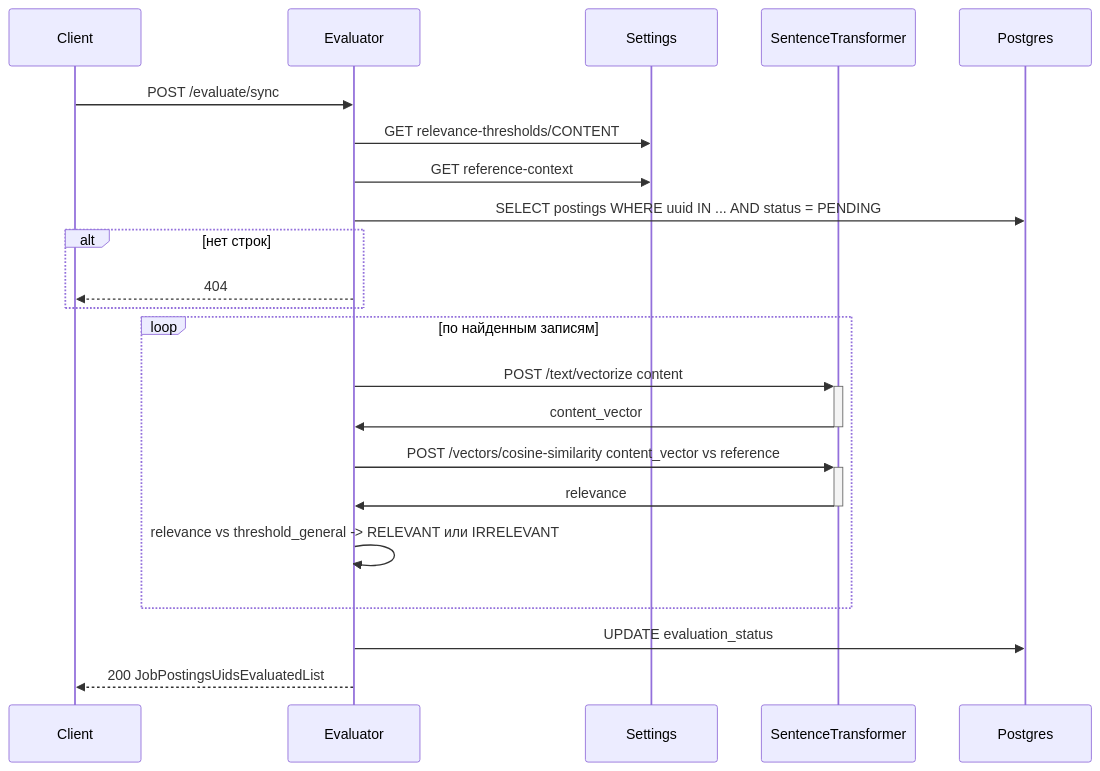
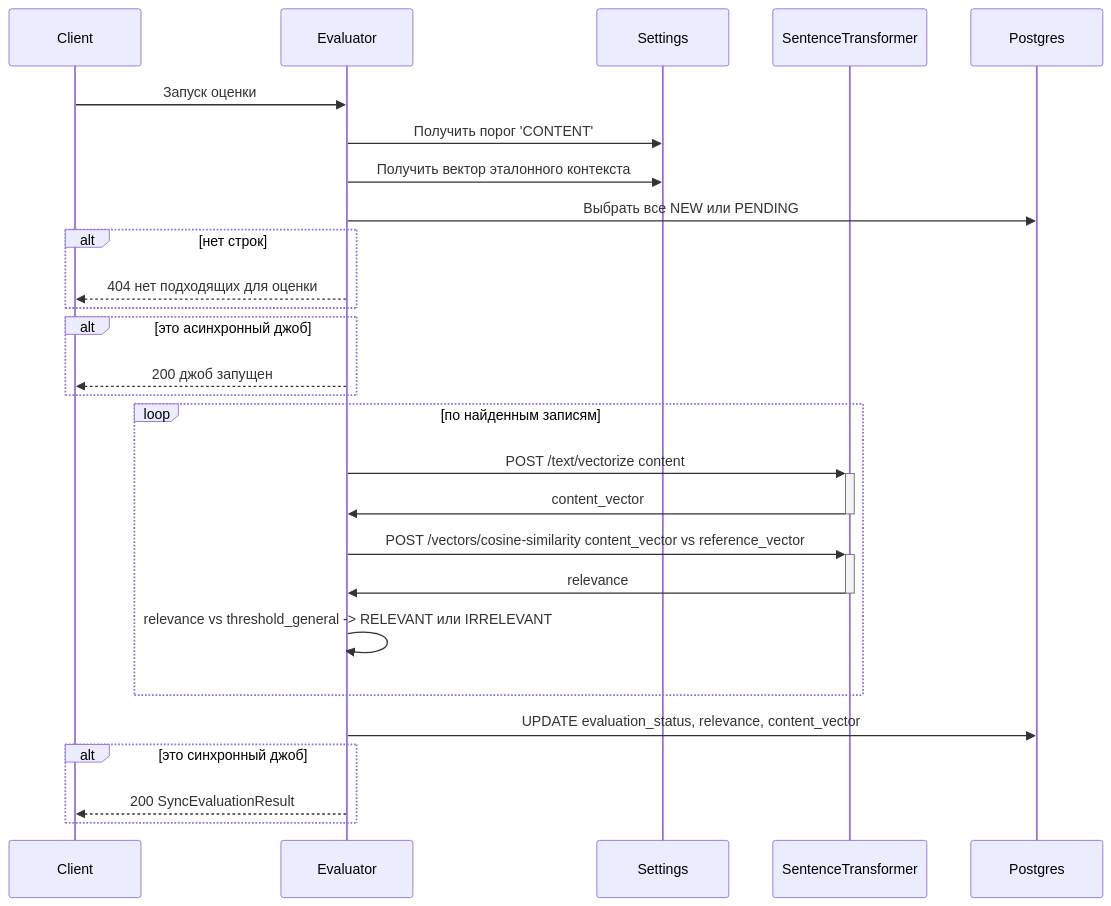
The diagram in services/job-postings-evaluator/readme.md (joposcragent/specifications), drawn with Mermaid before and after one commit. The commit also changed other lines of this file and 1 other file, not shown here.

````diff
--- a/services/job-postings-evaluator/readme.md
+++ b/services/job-postings-evaluator/readme.md
@@ -47,28 +13,36 @@
 ```mermaid
 sequenceDiagram
   participant Client
   participant Evaluator
   participant Settings
   participant ST as SentenceTransformer
   participant DB as Postgres
 
-  Client->>Evaluator: POST /evaluate/sync
-  Evaluator->>Settings: GET relevance-thresholds/CONTENT
-  Evaluator->>Settings: GET reference-context
-  Evaluator->>DB: SELECT postings WHERE uuid IN ... AND status = PENDING
+  Client->>Evaluator: Запуск оценки
+  Evaluator->>Settings: Получить порог 'CONTENT'
+  Evaluator->>Settings: Получить вектор эталонного контекста
+  Evaluator->>DB: Выбрать все NEW или PENDING
   alt нет строк
-    Evaluator-->>Client: 404
+    Evaluator-->>Client: 404 нет подходящих для оценки
   end
+
+  alt это асинхронный джоб
+   Evaluator-->>Client: 200 джоб запущен
+  end
+
   loop по найденным записям
     Evaluator->>+ST: POST /text/vectorize content
     ST->>-Evaluator: content_vector
 
-    Evaluator->>+ST: POST /vectors/cosine-similarity content_vector vs reference
+    Evaluator->>+ST: POST /vectors/cosine-similarity content_vector vs reference_vector
     ST->>-Evaluator: relevance
 
     Evaluator->>Evaluator: relevance vs threshold_general -> RELEVANT или IRRELEVANT
   end
 
-  Evaluator->>DB: UPDATE evaluation_status
-  Evaluator-->>Client: 200 JobPostingsUidsEvaluatedList
+  Evaluator->>DB: UPDATE evaluation_status, relevance, content_vector
+
+  alt это синхронный джоб
+   Evaluator-->>Client: 200 SyncEvaluationResult
+  end
 ```
````
